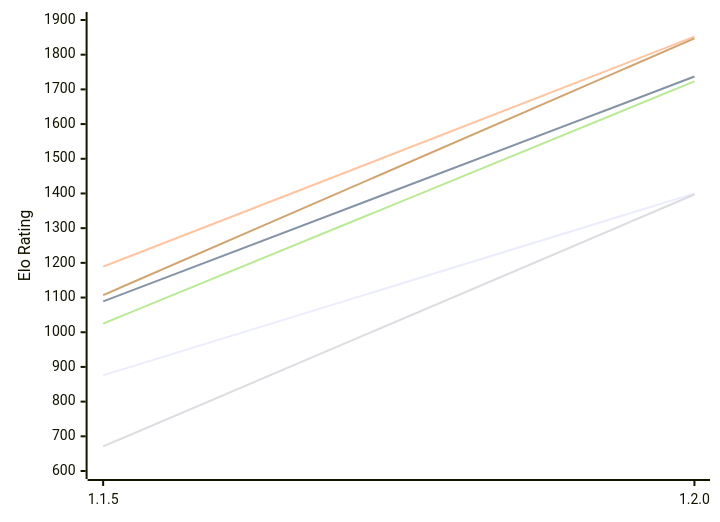
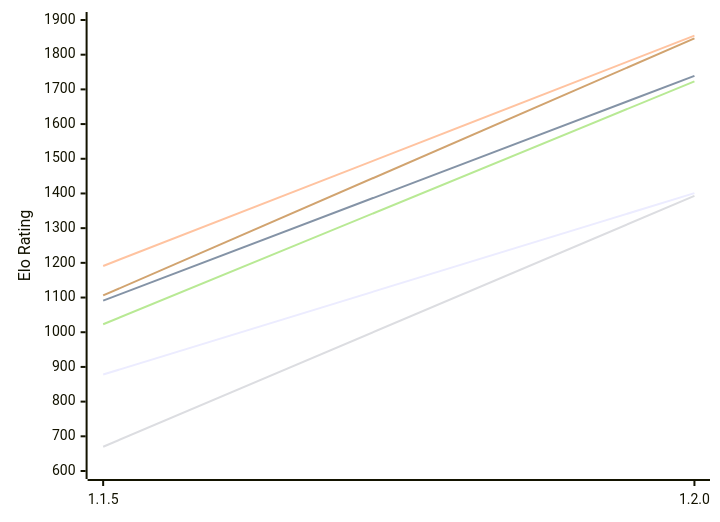
The first of 2 diagrams in engines/ChessCore.md (computer-chess-index/cci), drawn with Mermaid before and after one commit. The commit also changed other lines of this file, not shown here.

Commit message:
Update CCI Ratings (ELO VLTC) - 2026-11-19

````diff
--- a/engines/ChessCore.md
+++ b/engines/ChessCore.md
@@ -53,12 +53,12 @@
 ```mermaid
 %%{init: {"theme":"base","themeVariables":{"seriesColors:['#a3a3a3','#222221','#faa371']}}}%%
 xychart-beta
   x-axis ["1.1.5", "1.2.0"]
   y-axis "Elo Rating" 600 --> 1900
-  line "E1: STC (8.0+0.08s)" [876, 1400]
-  line "E1: LTC (60.0+0.60s)" [1089, 1737]
-  line "E1: VLTC (2m24s+1.12s)" [1189, 1852]
-  line "P1: STC (8.0+0.08s)" [671, 1397]
-  line "P1: LTC (60.0+0.60s)" [1025, 1723]
-  line "P1: VLTC (2m24s+1.12s)" [1107, 1847]
+  line "E1: STC (8.0+0.08s)" [878, 1401]
+  line "E1: LTC (60.0+0.60s)" [1091, 1739]
+  line "E1: VLTC (2m24s+1.12s)" [1191, 1855]
+  line "P1: STC (8.0+0.08s)" [670, 1393]
+  line "P1: LTC (60.0+0.60s)" [1023, 1723]
+  line "P1: VLTC (2m24s+1.12s)" [1106, 1847]
 ```
````
